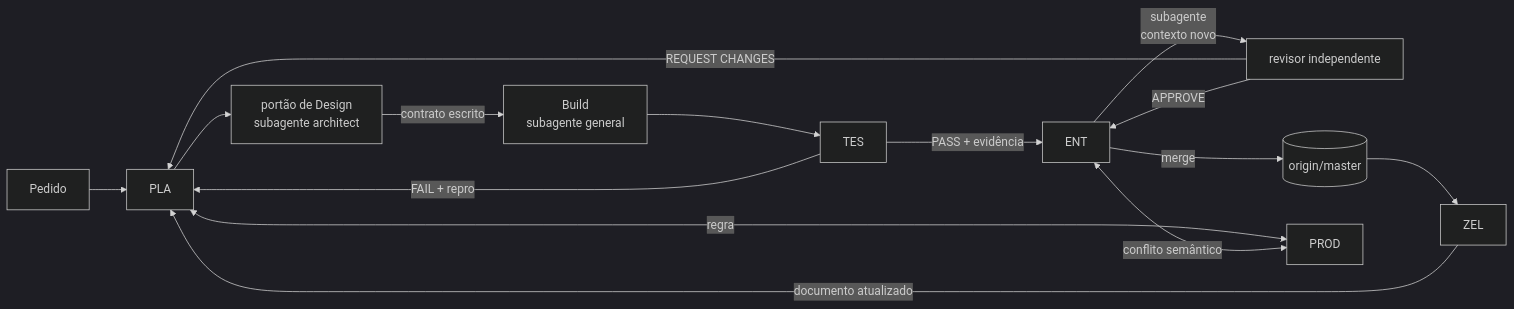
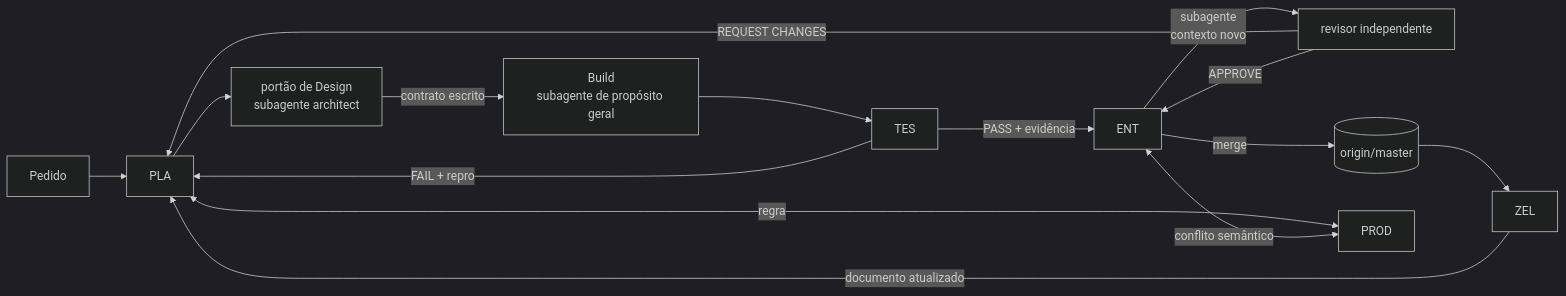
The second of 2 diagrams in MAPA.md (dluan/pstack-team), drawn with Mermaid (dark theme) before and after one commit. The commit also changed 12 other files, not shown here.

````diff
--- a/MAPA.md
+++ b/MAPA.md
@@ -24,19 +24,19 @@
 ```mermaid
 flowchart LR
   U[Pedido] --> PLA
 
   PLA --> DES["portão de Design<br/>subagente architect"]
-  DES -->|contrato escrito| BLD["Build<br/>subagente general"]
+  DES -->|contrato escrito| BLD["Build<br/>subagente de propósito geral"]
   BLD --> TES
   TES -->|"FAIL + repro"| PLA
   TES -->|"PASS + evidência"| ENT
   ENT -->|"subagente<br/>contexto novo"| REV[revisor independente]
   REV -->|REQUEST CHANGES| PLA
   REV -->|APPROVE| ENT
   ENT -->|merge| MS[(origin/master)]
   MS --> ZEL
   ZEL -->|documento atualizado| PLA
 
   PLA <-->|regra| PROD
   ENT <-->|conflito semântico| PROD
 ```
````
